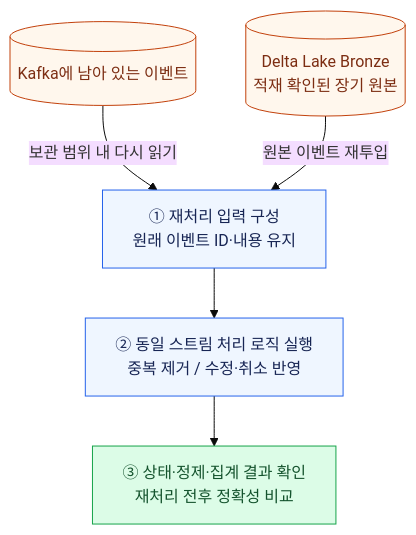
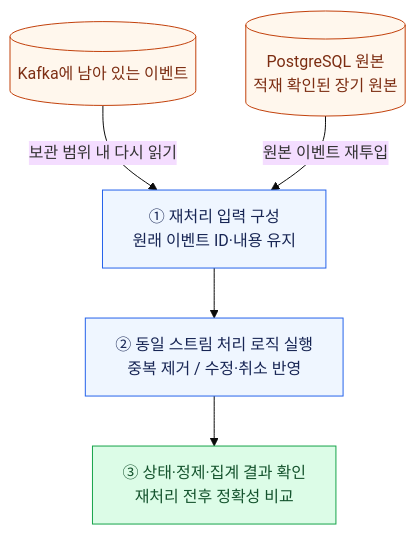
One commit to encore-ai-campus/mlo-01-p3-team1 changed the third of 4 diagrams in docs/product/카페_음악_추천_서비스_3차_구현_태스크.md. Above: the diagram before and after it, drawn with Mermaid (base theme). The commit also changed other lines of this file and 36 other files, not shown here.

````diff
--- a/docs/product/카페_음악_추천_서비스_3차_구현_태스크.md
+++ b/docs/product/카페_음악_추천_서비스_3차_구현_태스크.md
@@ -146,17 +161,17 @@
 ```mermaid
 flowchart TB
     KAFKA[("Kafka에 남아 있는 이벤트")]
-    BRONZE[("Delta Lake Bronze<br/>적재 확인된 장기 원본")]
+    BRONZE[("PostgreSQL 원본<br/>적재 확인된 장기 원본")]
     REPLAY["① 재처리 입력 구성<br/>원래 이벤트 ID·내용 유지"]
     PROCESS["② 동일 스트림 처리 로직 실행<br/>중복 제거 / 수정·취소 반영"]
     VERIFY["③ 상태·정제·집계 결과 확인<br/>재처리 전후 정확성 비교"]
     KAFKA -->|보관 범위 내 다시 읽기| REPLAY
     BRONZE -->|원본 이벤트 재투입| REPLAY
     REPLAY --> PROCESS --> VERIFY
     classDef source fill:#fff7ed,stroke:#c2410c,color:#7c2d12;
     classDef process fill:#eff6ff,stroke:#2563eb,color:#172554;
     classDef done fill:#dcfce7,stroke:#16a34a,color:#14532d;
     class KAFKA,BRONZE source;
     class REPLAY,PROCESS process;
     class VERIFY done;
 ```
````
